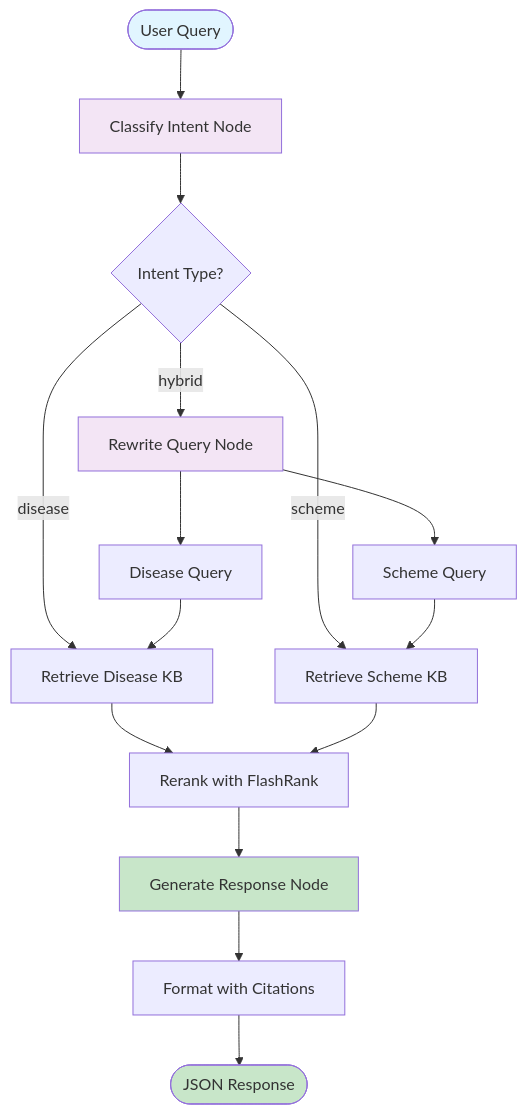
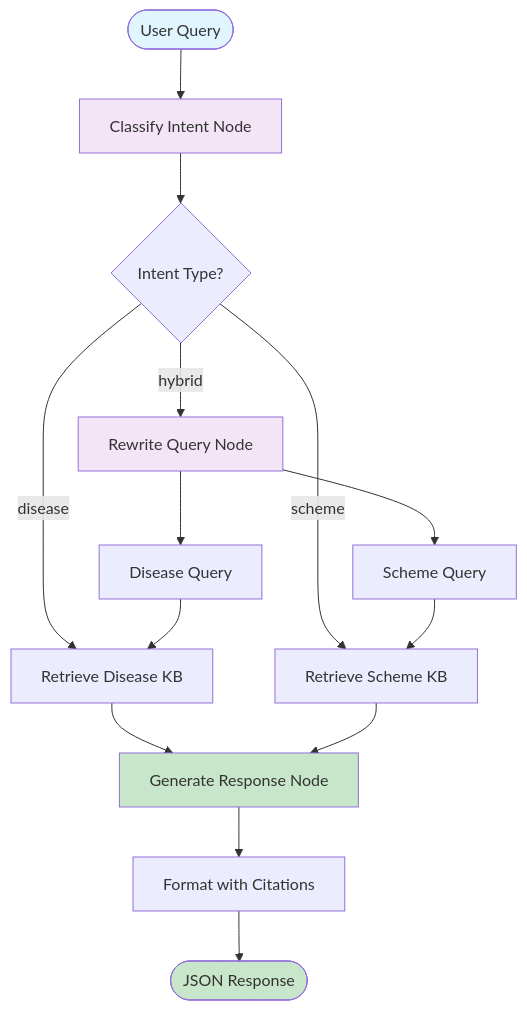
Before and after one commit to shivansh-2003/Agriculture-Chatbot: the third of 5 diagrams in README.md, drawn with Mermaid. The commit also changed other lines of this file and 9 other files, not shown here.

````diff
--- a/README.md
+++ b/README.md
@@ -415,29 +399,27 @@
 ```mermaid
 graph TD
     Start([User Query]) --> Classify[Classify Intent Node]
     
     Classify --> Intent{Intent Type?}
     
     Intent -->|disease| DiseaseRetrieve[Retrieve Disease KB]
     Intent -->|scheme| SchemeRetrieve[Retrieve Scheme KB]
     Intent -->|hybrid| Rewrite[Rewrite Query Node]
     
     Rewrite --> DiseaseQuery[Disease Query]
     Rewrite --> SchemeQuery[Scheme Query]
     DiseaseQuery --> DiseaseRetrieve
     SchemeQuery --> SchemeRetrieve
     
-    DiseaseRetrieve --> Rerank[Rerank with FlashRank]
-    SchemeRetrieve --> Rerank
-    
-    Rerank --> Generate[Generate Response Node]
+    DiseaseRetrieve --> Generate[Generate Response Node]
+    SchemeRetrieve --> Generate
     
     Generate --> Format[Format with Citations]
     Format --> End([JSON Response])
     
     style Start fill:#e1f5ff
     style Classify fill:#f3e5f5
     style Rewrite fill:#f3e5f5
     style Generate fill:#c8e6c9
     style End fill:#c8e6c9
 ```
````
